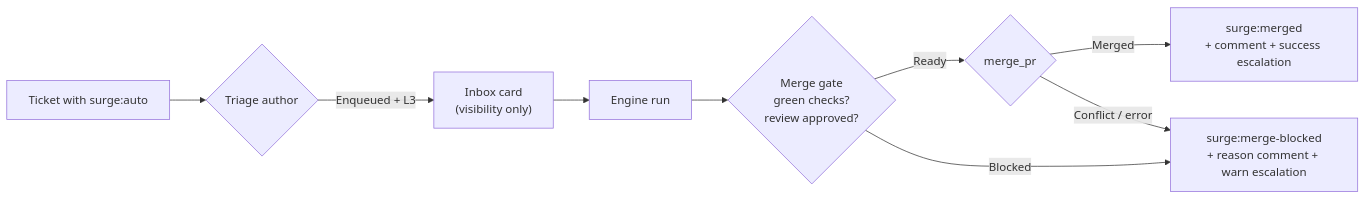
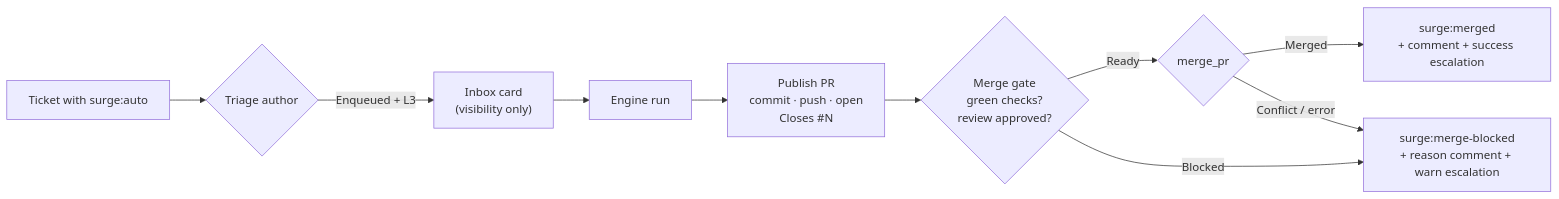
The third of 3 diagrams in docs/tracker-automation.md (vanyastaff/surge), drawn with Mermaid before and after one commit. The commit also changed other lines of this file and 18 other files, not shown here.

First line of the commit message:
feat(l3): a ticket run publishes its work as the PR the merge gate merges (#135)

````diff
--- a/docs/tracker-automation.md
+++ b/docs/tracker-automation.md
@@ -99,20 +99,23 @@
 ```mermaid
 flowchart LR
     Ticket["Ticket with surge:auto"]
     Triage{Triage author}
     Card["Inbox card<br/>(visibility only)"]
     Run["Engine run"]
     Gate{Merge gate<br/>green checks?<br/>review approved?}
     Merge{merge_pr}
     Merged["surge:merged<br/>+ comment + success escalation"]
     Blocked["surge:merge-blocked<br/>+ reason comment + warn escalation"]
 
+    Publish["Publish PR<br/>commit · push · open<br/>Closes #N"]
+
     Ticket --> Triage
     Triage -->|Enqueued + L3| Card
     Card --> Run
-    Run --> Gate
+    Run --> Publish
+    Publish --> Gate
     Gate -->|Ready| Merge
     Gate -->|Blocked| Blocked
     Merge -->|Merged| Merged
     Merge -->|Conflict / error| Blocked
 ```
````
